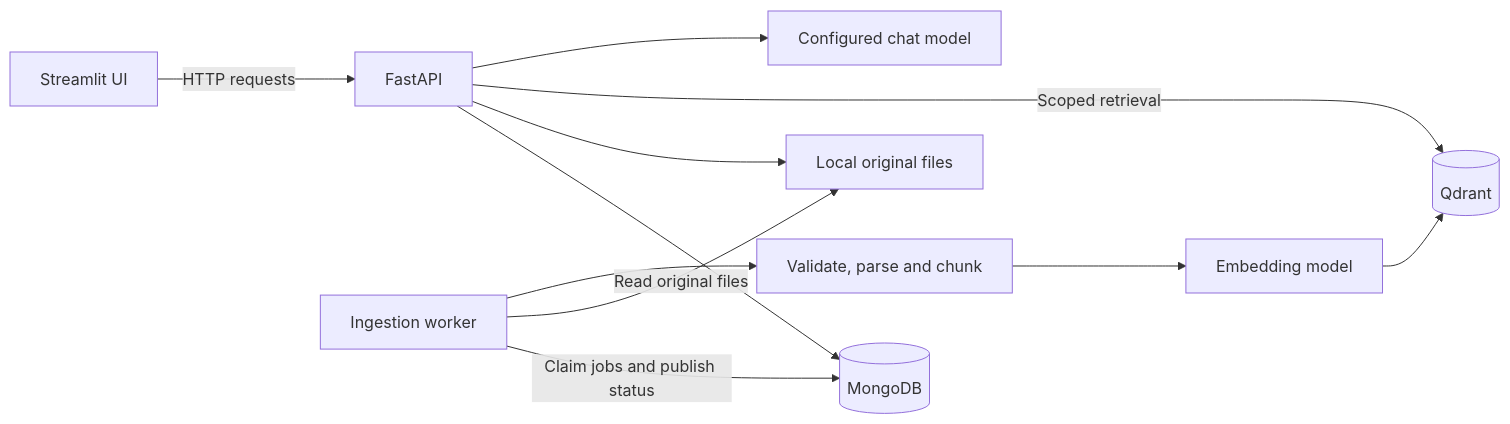
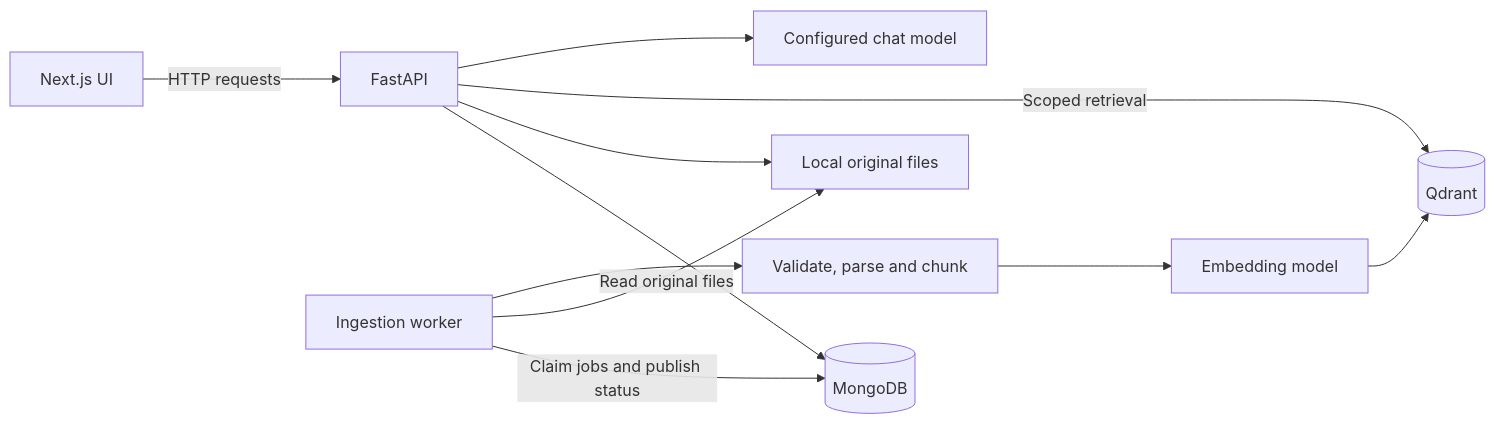
One commit to NhuNguyenHoangYen/AgenticRAGinSP changed the diagram in README.md. Above: the diagram before and after it, drawn with Mermaid. The commit also changed other lines of this file and 17 other files, not shown here.

````diff
--- a/README.md
+++ b/README.md
@@ -29,13 +25,13 @@
 ```mermaid
 flowchart LR
-    UI[Streamlit UI] -->|HTTP requests| API[FastAPI]
+    UI[Next.js UI] -->|HTTP requests| API[FastAPI]
     API --> DB[(MongoDB)]
     API --> Files[Local original files]
     Worker[Ingestion worker] -->|Claim jobs and publish status| DB
     Worker -->|Read original files| Files
     Worker --> Parse[Validate, parse and chunk]
     Parse --> Embed[Embedding model]
     Embed --> Q[(Qdrant)]
     API -->|Scoped retrieval| Q
     API --> LLM[Configured chat model]
 ```
````
